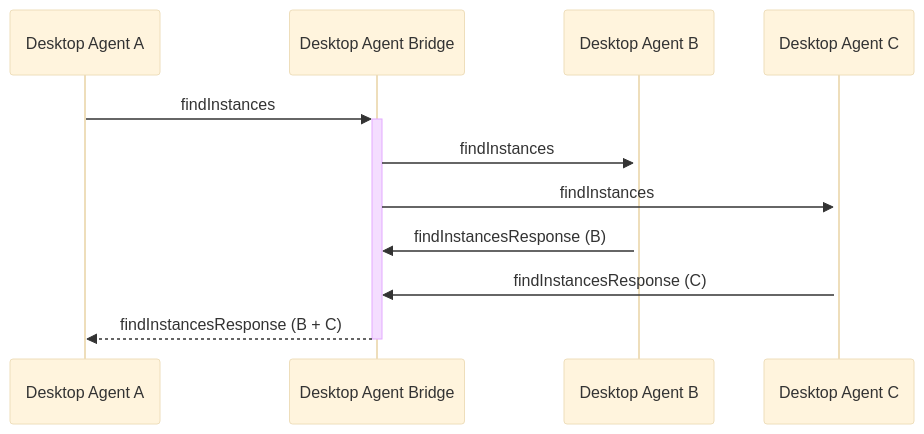
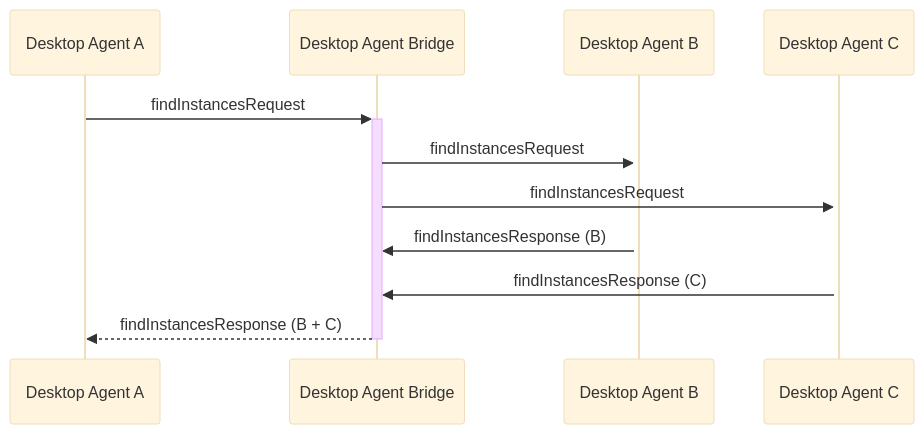
One commit to finos/FDC3 changed the diagram in docs/api-bridging/ref/findInstances.md. Above: the diagram before and after it, drawn with Mermaid (base theme). The commit also changed other lines of this file and 42 other files, not shown here.

First line of the commit message:
Adding schema links to bridging ref docs + corrections

````diff
--- a/docs/api-bridging/ref/findInstances.md
+++ b/docs/api-bridging/ref/findInstances.md
@@ -25,13 +25,13 @@
 ```mermaid
 sequenceDiagram
     participant DA as Desktop Agent A
     participant DAB as Desktop Agent Bridge
     participant DB as Desktop Agent B
     participant DC as Desktop Agent C
-    DA ->>+ DAB: findInstances
-    DAB ->>+ DB: findInstances
-    DAB ->>+ DC: findInstances
+    DA ->>+ DAB: findInstancesRequest
+    DAB ->>+ DB: findInstancesRequest
+    DAB ->>+ DC: findInstancesRequest
     DB ->> DAB: findInstancesResponse (B)
     DC ->> DAB: findInstancesResponse (C)
     DAB -->>- DA: findInstancesResponse (B + C)
 ```
````
